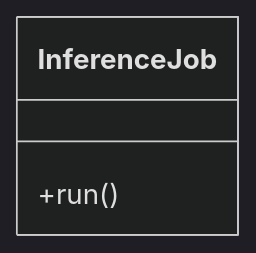
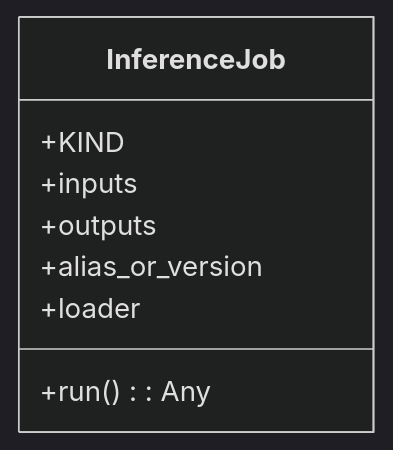
The first of 4 diagrams in openwiki/src/regression_model_template/jobs/inference.md (lgcorzo/mlops-python-package), drawn with Mermaid (dark theme) before and after one commit. The commit also changed other lines of this file and 91 other files, not shown here.

````diff
--- a/openwiki/src/regression_model_template/jobs/inference.md
+++ b/openwiki/src/regression_model_template/jobs/inference.md
@@ -20,7 +21,11 @@
 ```mermaid
 classDiagram
-    direction BT
     class InferenceJob {
-        +run()
+        +KIND
+        +inputs
+        +outputs
+        +alias_or_version
+        +loader
+        +run() : Any
     }
 ```
````
